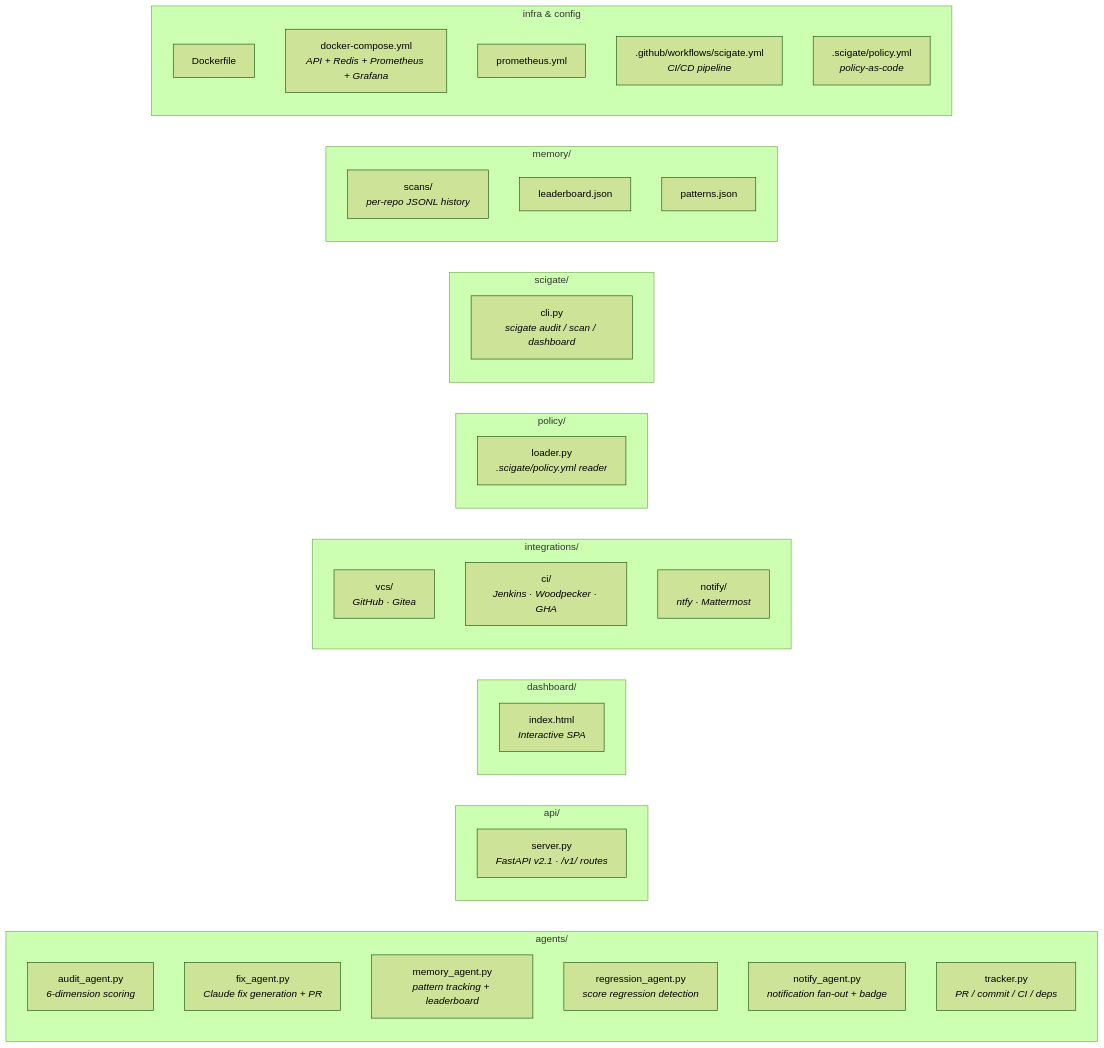
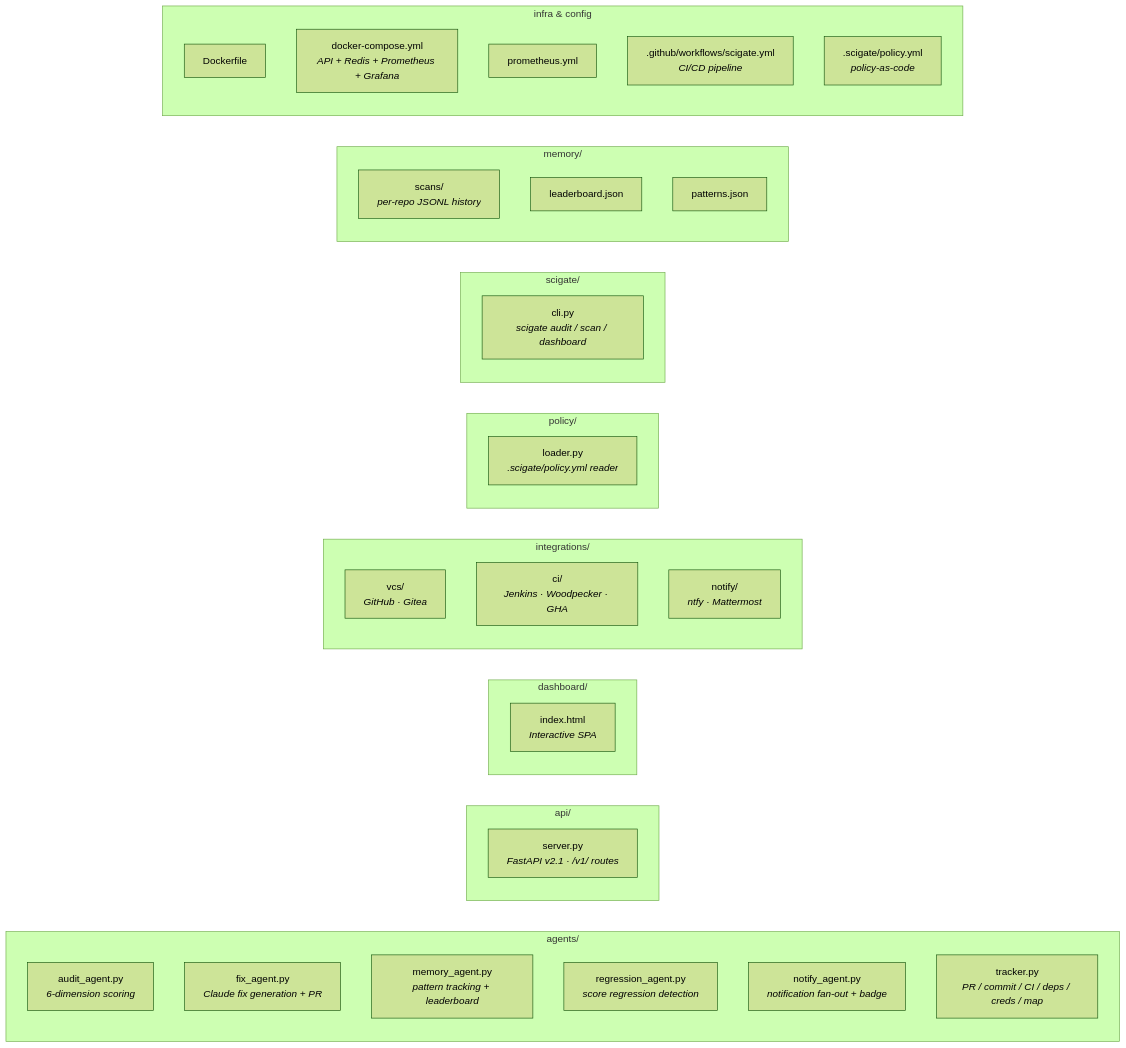
Before and after one commit to parthassamal/SciGate: the fifth of 5 diagrams in README.md, drawn with Mermaid (forest theme). The commit also changed other lines of this file and 20 other files, not shown here.

````diff
--- a/README.md
+++ b/README.md
@@ -355,47 +418,47 @@
 ```mermaid
 graph LR
     subgraph Agents["agents/"]
         AA["audit_agent.py<br/><i>6-dimension scoring</i>"]
         FA["fix_agent.py<br/><i>Claude fix generation + PR</i>"]
         MA["memory_agent.py<br/><i>pattern tracking + leaderboard</i>"]
         RA["regression_agent.py<br/><i>score regression detection</i>"]
         NA["notify_agent.py<br/><i>notification fan-out + badge</i>"]
-        TK["tracker.py<br/><i>PR / commit / CI / deps</i>"]
+        TK["tracker.py<br/><i>PR / commit / CI / deps / creds / map</i>"]
     end
 
     subgraph API["api/"]
         SV["server.py<br/><i>FastAPI v2.1 · /v1/ routes</i>"]
     end
 
     subgraph Front["dashboard/"]
         DH["index.html<br/><i>Interactive SPA</i>"]
     end
 
     subgraph Int["integrations/"]
         VCS["vcs/<br/><i>GitHub · Gitea</i>"]
         CID["ci/<br/><i>Jenkins · Woodpecker · GHA</i>"]
         NTF["notify/<br/><i>ntfy · Mattermost</i>"]
     end
 
     subgraph Pol["policy/"]
         PL["loader.py<br/><i>.scigate/policy.yml reader</i>"]
     end
 
     subgraph CLi["scigate/"]
         CL["cli.py<br/><i>scigate audit / scan / dashboard</i>"]
     end
 
     subgraph Mem["memory/"]
         SC["scans/<br/><i>per-repo JSONL history</i>"]
         LB["leaderboard.json"]
         PT["patterns.json"]
     end
 
     subgraph Infra["infra & config"]
         DF["Dockerfile"]
         DC["docker-compose.yml<br/><i>API + Redis + Prometheus + Grafana</i>"]
         PR["prometheus.yml"]
         GH[".github/workflows/scigate.yml<br/><i>CI/CD pipeline</i>"]
         SG[".scigate/policy.yml<br/><i>policy-as-code</i>"]
     end
 ```
````
